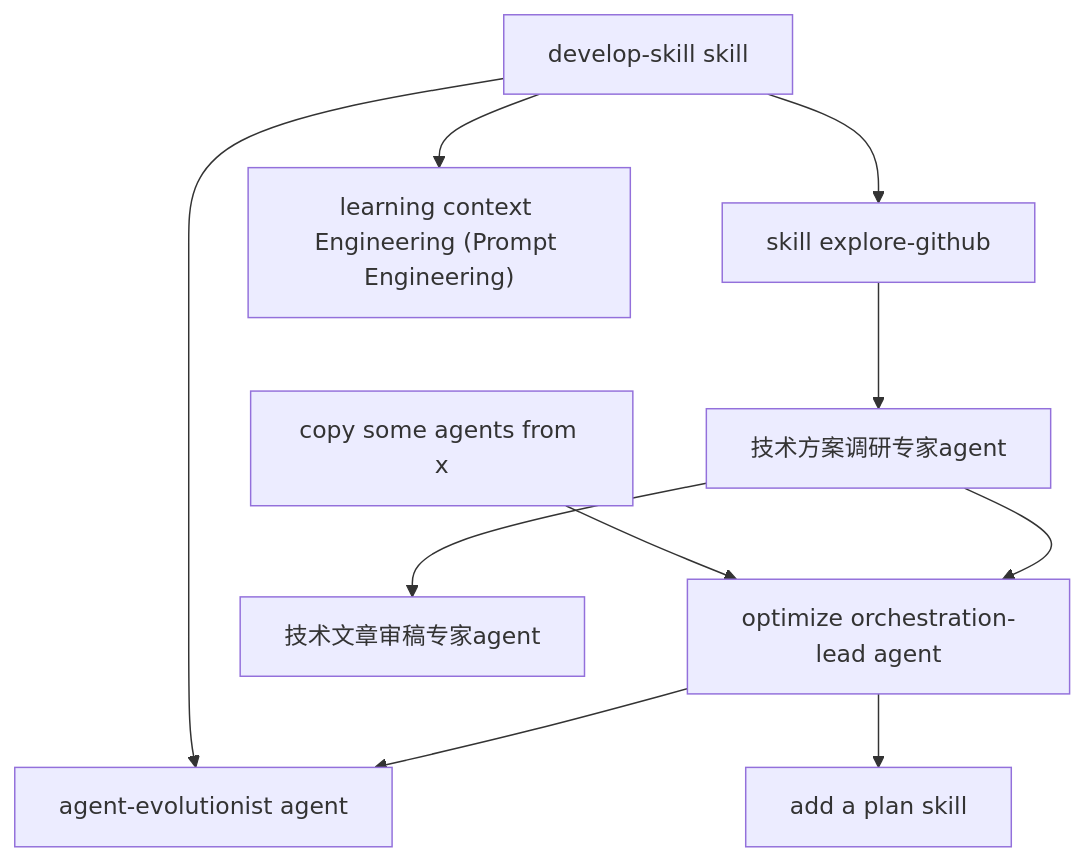
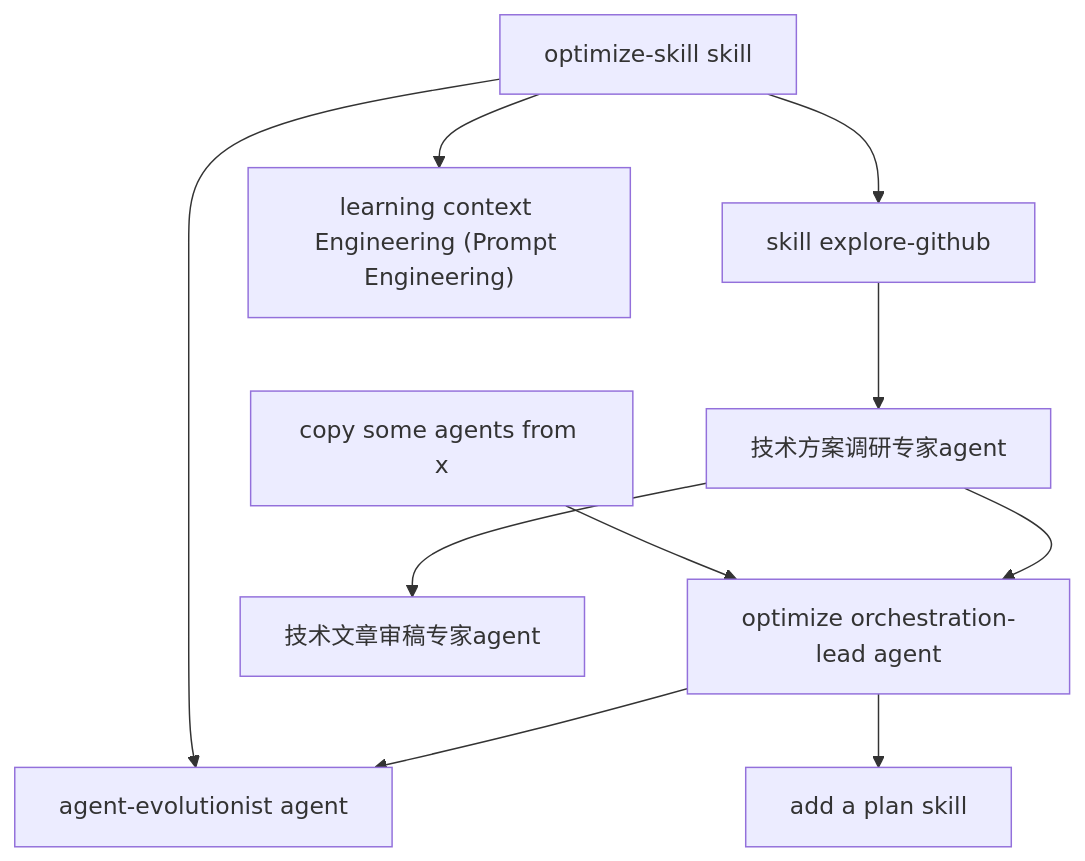
The diagram in todos.md (YMoose/my-claude-sidekick), drawn with Mermaid before and after one commit. The commit also changed other lines of this file, not shown here.

````diff
--- a/todos.md
+++ b/todos.md
@@ -55,22 +56,22 @@
 ```mermaid
 flowchart TD
     20260225_0["copy some agents from x"]
     20260225_1["optimize orchestration-lead agent"]
     20260225_2["add a plan skill"]
-    20260225_3["develop-skill skill"]
+    20260225_3["optimize-skill skill"]
     20260225_4["agent-evolutionist agent"]
     20260225_5["skill explore-github"]
     20260225_6["技术方案调研专家agent"]
     20260225_7["技术文章审稿专家agent"]
     20260226_8["learning context Engineering (Prompt Engineering)"]
 
     20260225_0 --> 20260225_1
     20260225_1 --> 20260225_2
     20260225_3 --> 20260225_4
     20260225_1 --> 20260225_4
     20260225_3 --> 20260225_5
     20260225_6 --> 20260225_1
     20260225_5 --> 20260225_6
     20260225_6 --> 20260225_7
     20260225_3 --> 20260226_8
 ```
````
